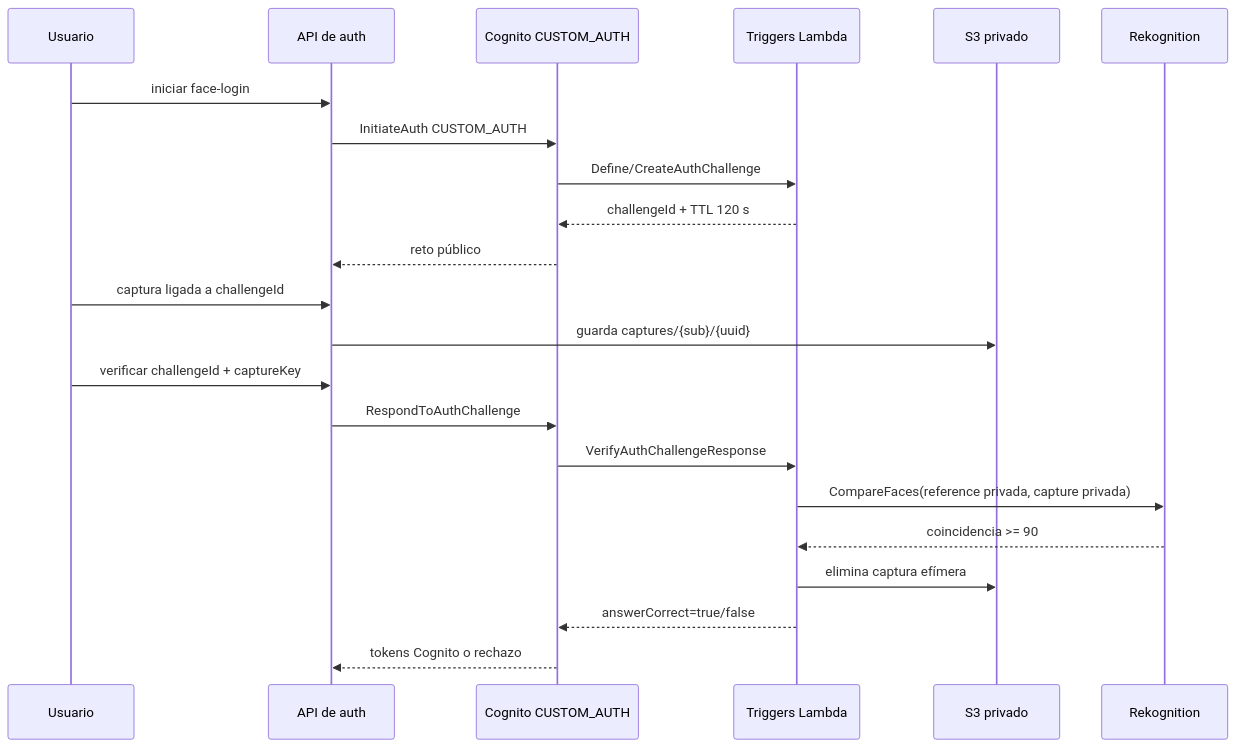
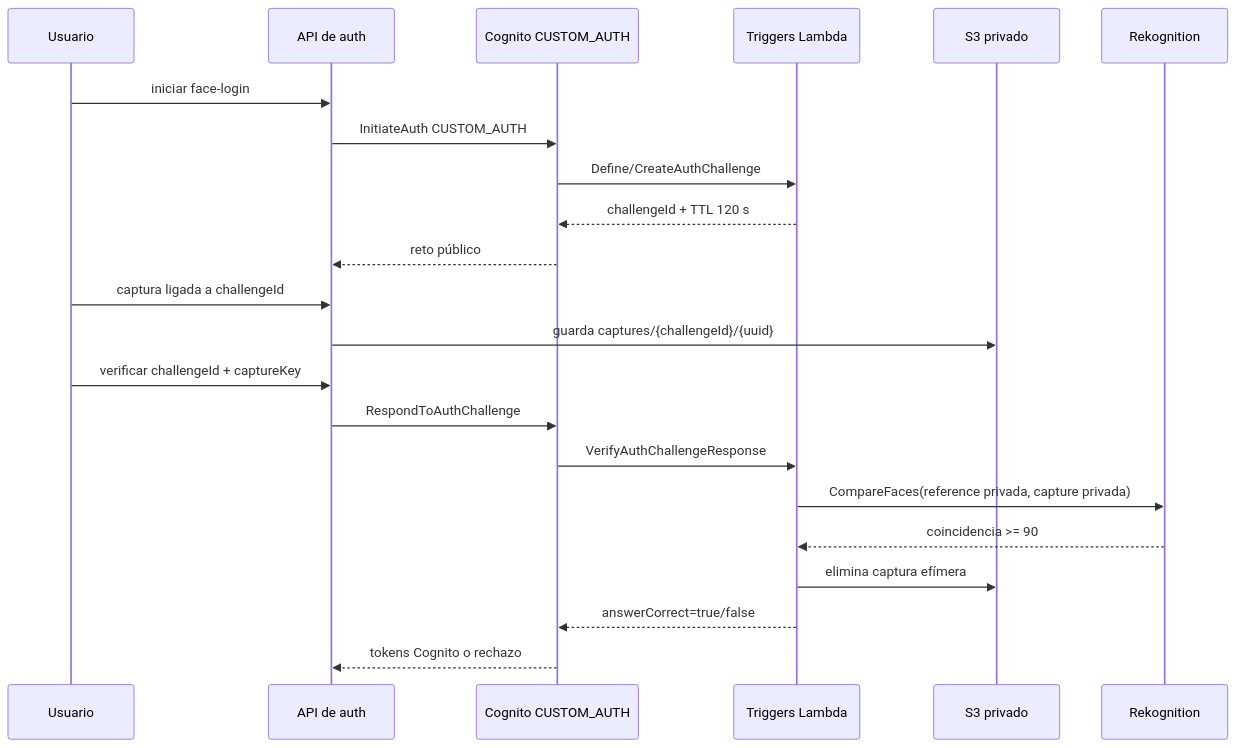
One commit to ipatzantzic19/SEMINARIO1_A_2S2026_G15 changed the diagram in Proyecto_1/docs/api/auth-flows.md. Above: the diagram before and after it, drawn with Mermaid. The commit also changed other lines of this file and 5 other files, not shown here.

````diff
--- a/Proyecto_1/docs/api/auth-flows.md
+++ b/Proyecto_1/docs/api/auth-flows.md
@@ -13,24 +13,24 @@
 ```mermaid
 sequenceDiagram
   participant U as Usuario
   participant API as API de auth
   participant C as Cognito CUSTOM_AUTH
   participant L as Triggers Lambda
   participant S as S3 privado
   participant R as Rekognition
   U->>API: iniciar face-login
   API->>C: InitiateAuth CUSTOM_AUTH
   C->>L: Define/CreateAuthChallenge
   L-->>C: challengeId + TTL 120 s
   C-->>API: reto público
   U->>API: captura ligada a challengeId
-  API->>S: guarda captures/{sub}/{uuid}
+  API->>S: guarda captures/{challengeId}/{uuid}
   U->>API: verificar challengeId + captureKey
   API->>C: RespondToAuthChallenge
   C->>L: VerifyAuthChallengeResponse
   L->>R: CompareFaces(reference privada, capture privada)
   R-->>L: coincidencia >= 90
   L->>S: elimina captura efímera
   L-->>C: answerCorrect=true/false
   C-->>API: tokens Cognito o rechazo
 ```
````
